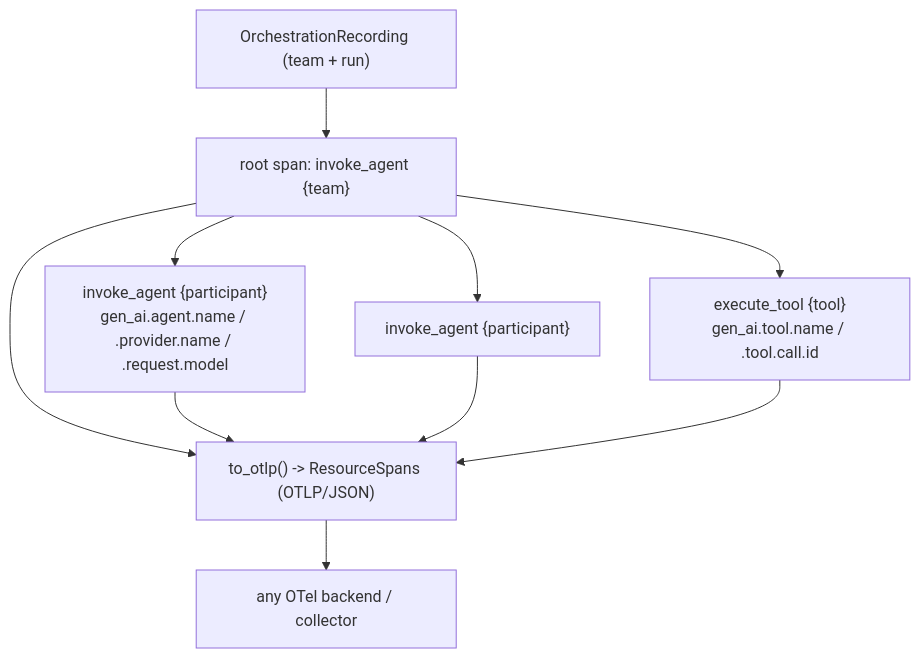
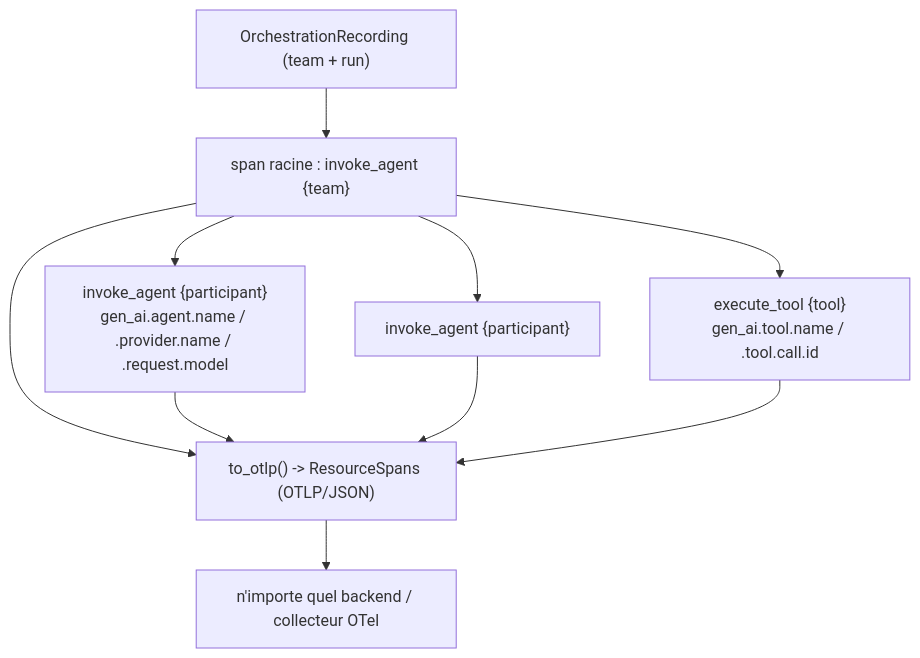
One commit to mo0ogly/recette_IA_agents changed the eighth of 8 diagrams in docs/runbooks/replay-model.md. Above: the diagram before and after it, drawn with Mermaid. The commit also changed other lines of this file and 25 other files, not shown here.

````diff
--- a/docs/runbooks/replay-model.md
+++ b/docs/runbooks/replay-model.md
@@ -209,12 +213,12 @@
 ```mermaid
 flowchart TD
-  REC["OrchestrationRecording (team + run)"] --> RT["root span: invoke_agent {team}"]
+  REC["OrchestrationRecording (team + run)"] --> RT["span racine : invoke_agent {team}"]
   RT --> A1["invoke_agent {participant}\ngen_ai.agent.name / .provider.name / .request.model"]
   RT --> A2["invoke_agent {participant}"]
   RT --> T1["execute_tool {tool}\ngen_ai.tool.name / .tool.call.id"]
   RT --> OTLP["to_otlp() -> ResourceSpans (OTLP/JSON)"]
   A1 --> OTLP
   A2 --> OTLP
   T1 --> OTLP
-  OTLP --> BE["any OTel backend / collector"]
+  OTLP --> BE["n'importe quel backend / collecteur OTel"]
 ```
````
